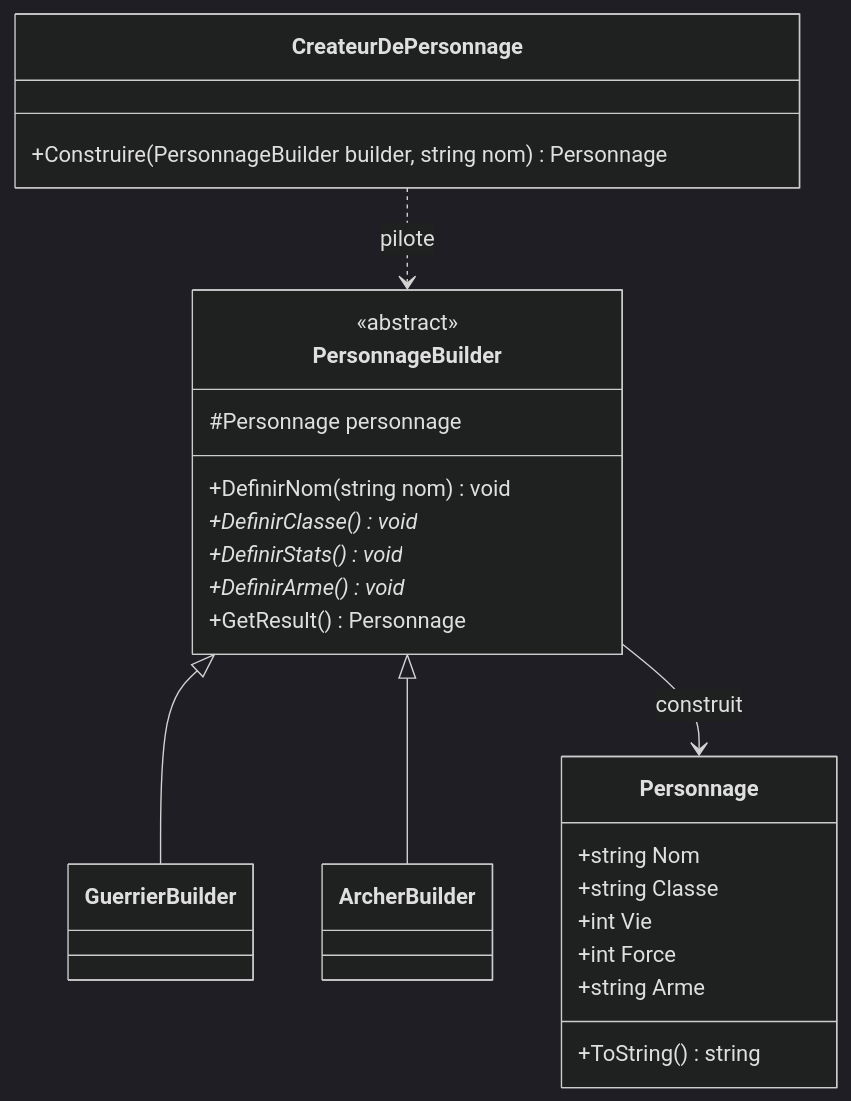
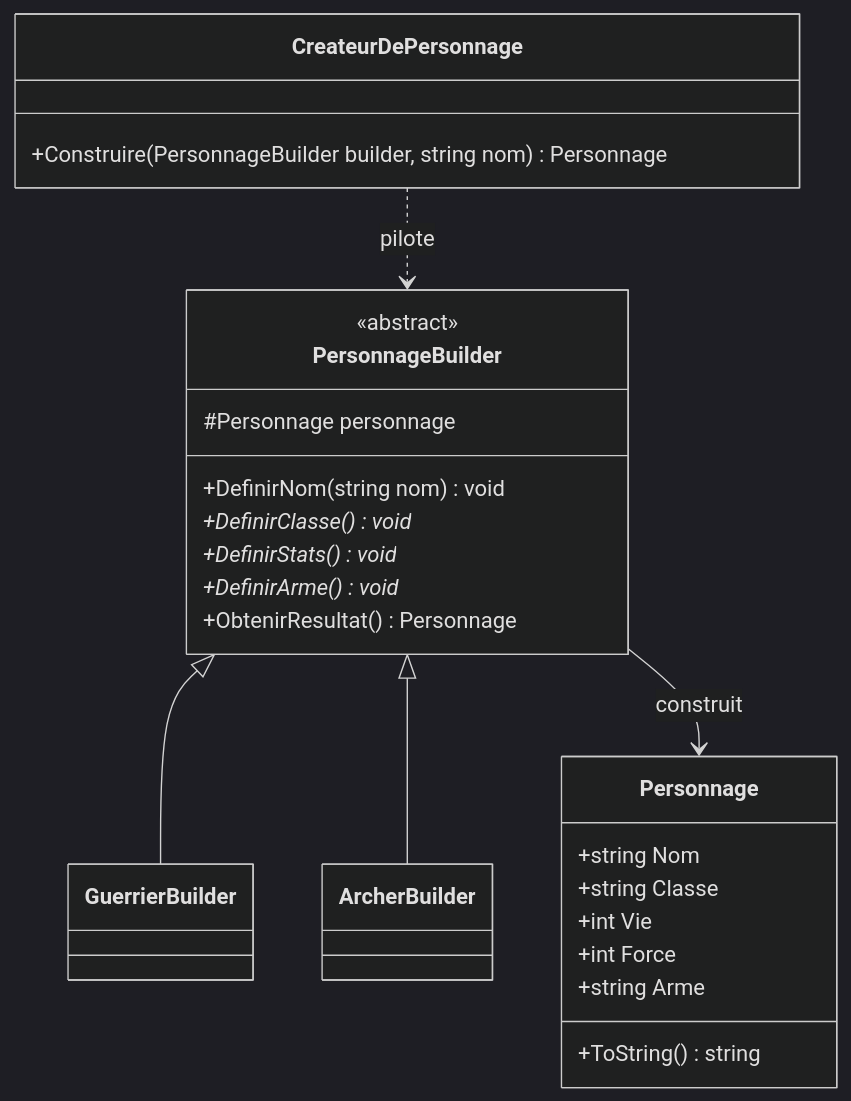
Before and after one commit to JulesGilli/object-oriented-programming-course: the first of 2 diagrams in Chapitre 2/Partie I — Patterns Créationnels/3. Builder.md, drawn with Mermaid (dark theme). The commit also changed other lines of this file and 24 other files, not shown here.

````diff
--- a/Chapitre 2/Partie I — Patterns Créationnels/3. Builder.md
+++ b/Chapitre 2/Partie I — Patterns Créationnels/3. Builder.md
@@ -70,27 +70,27 @@
 ```mermaid
 classDiagram
     class Personnage {
         +string Nom
         +string Classe
         +int Vie
         +int Force
         +string Arme
         +ToString() string
     }
     class PersonnageBuilder {
         <<abstract>>
         #Personnage personnage
         +DefinirNom(string nom) void
         +DefinirClasse()* void
         +DefinirStats()* void
         +DefinirArme()* void
-        +GetResult() Personnage
+        +ObtenirResultat() Personnage
     }
     class CreateurDePersonnage {
         +Construire(PersonnageBuilder builder, string nom) Personnage
     }
     PersonnageBuilder <|-- GuerrierBuilder
     PersonnageBuilder <|-- ArcherBuilder
     PersonnageBuilder --> Personnage : construit
     CreateurDePersonnage ..> PersonnageBuilder : pilote
 ```
````
